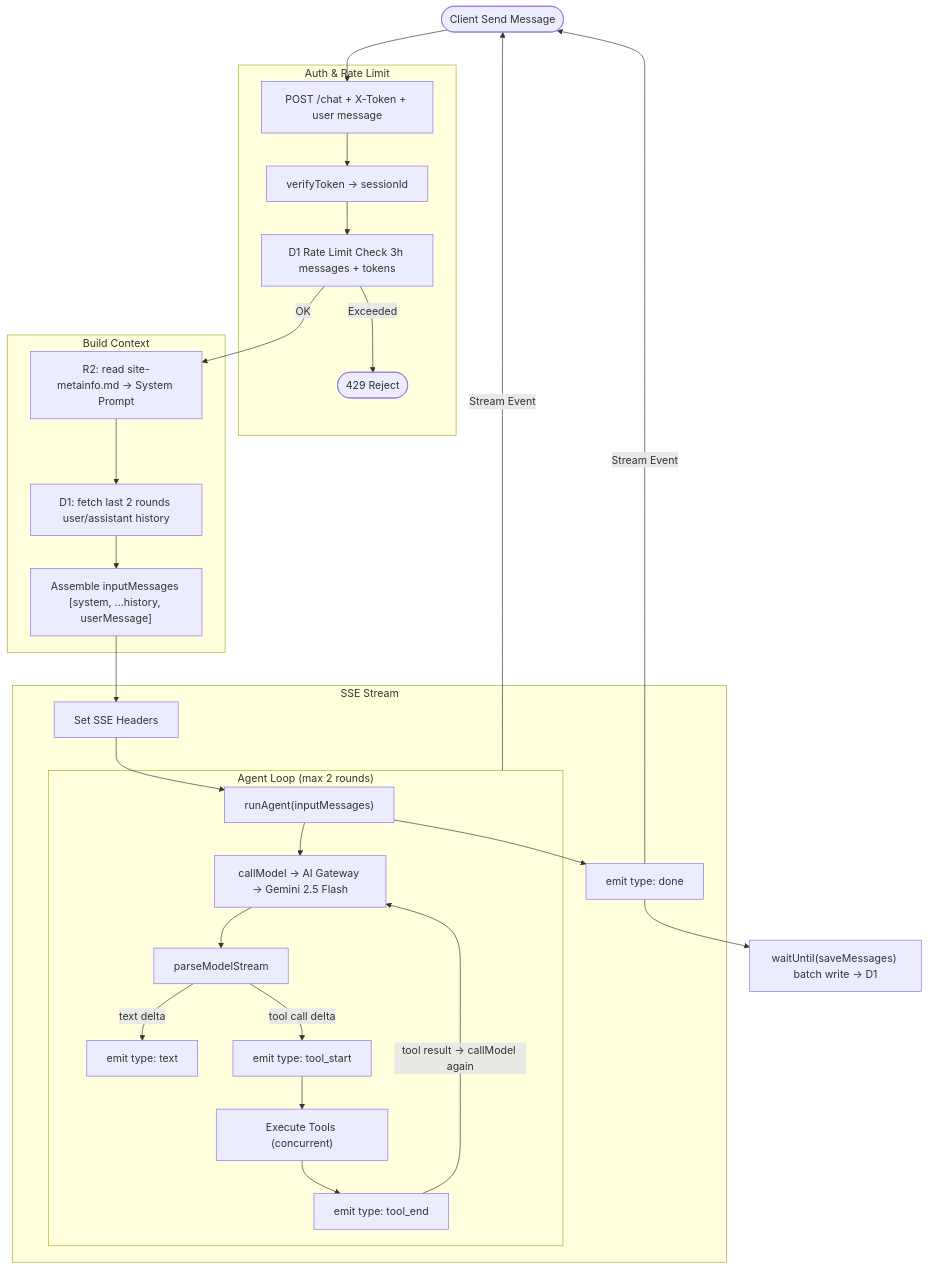
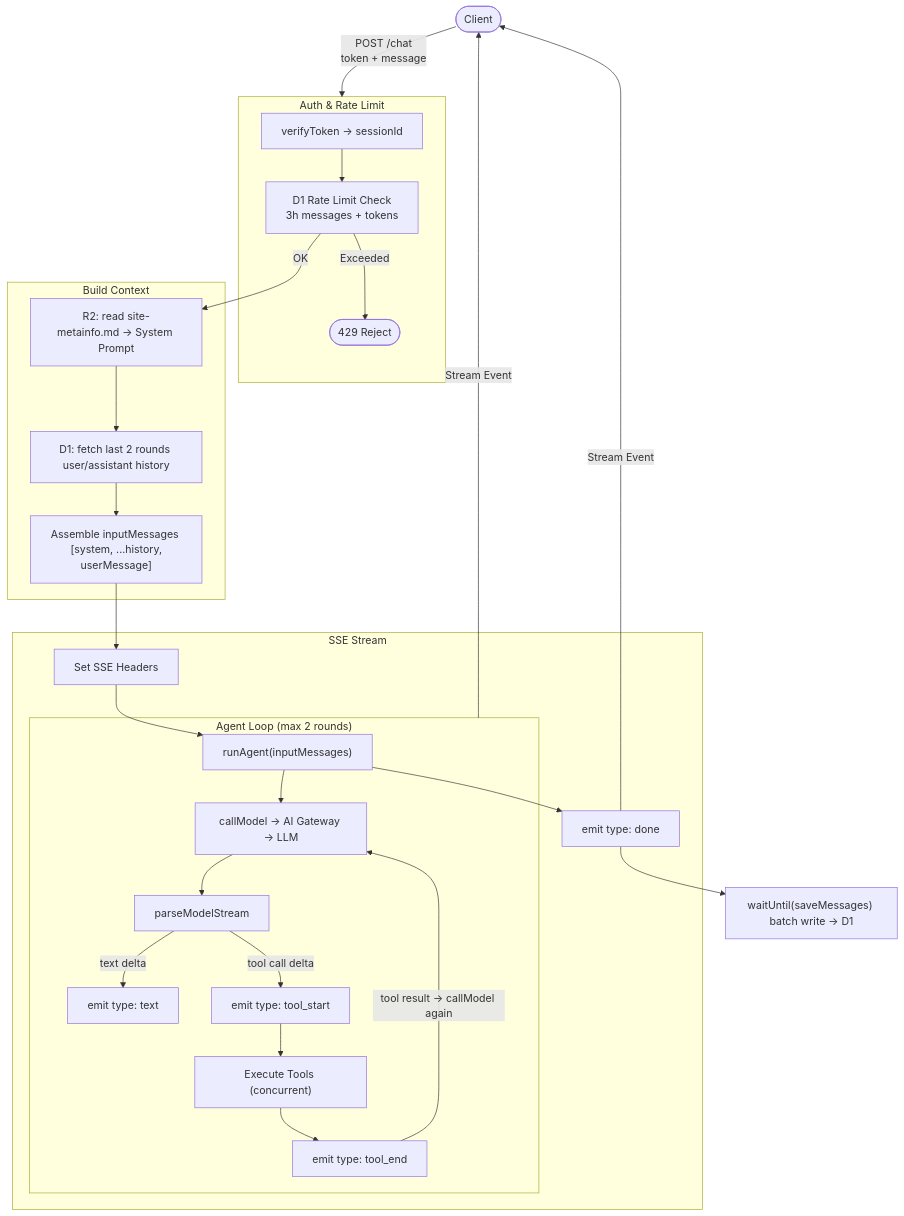
The fourth of 4 diagrams in ARCHITECTURE.zh-CN.md (surmon-china/surmon.me.ai), drawn with Mermaid before and after one commit. The commit also changed other lines of this file, not shown here.

````diff
--- a/ARCHITECTURE.zh-CN.md
+++ b/ARCHITECTURE.zh-CN.md
@@ -161,38 +161,38 @@
 ```mermaid
 flowchart TD
-    Client(["Client Send Message"]) --> P["POST /chat + X-Token + user message"]
+    Client(["Client"]) --> |"POST /chat <br> token + message"| Auth
 
     subgraph Auth ["Auth & Rate Limit"]
-        P --> V["verifyToken → sessionId"]
-        V --> RL["D1 Rate Limit Check 3h messages + tokens"]
-        RL --> |"Exceeded"| ERR(["429 Reject"])
+        V["verifyToken → sessionId"]
+        V --> RATE["D1 Rate Limit Check <br> 3h messages + tokens"]
+        RATE --> |"Exceeded"| ERR(["429 Reject"])
     end
 
     subgraph Context ["Build Context"]
-        RL --> |"OK"| SM["R2: read site-metainfo.md → System Prompt"]
+        RATE --> |"OK"| SM["R2: read site-metainfo.md → System Prompt"]
         SM --> HIS["D1: fetch last 2 rounds user/assistant history"]
-        HIS --> MSG["Assemble inputMessages [system, ...history, userMessage]"]
+        HIS --> MSG["Assemble inputMessages <br> [system, ...history, userMessage]"]
     end
 
     subgraph Stream ["SSE Stream"]
         MSG --> SSE["Set SSE Headers"]
         SSE --> AG["runAgent(inputMessages)"]
 
         subgraph Agent ["Agent Loop (max 2 rounds)"]
-            AG --> CM["callModel → AI Gateway → Gemini 2.5 Flash"]
+            AG --> CM["callModel → AI Gateway → LLM"]
             CM --> PS["parseModelStream"]
             PS --> |"text delta"| ET["emit type: text"]
             PS --> |"tool call delta"| TS["emit type: tool_start"]
             TS --> TC["Execute Tools (concurrent)"]
             TC --> TE["emit type: tool_end"]
             TE --> |"tool result → callModel again"| CM
         end
 
         AG --> DONE["emit type: done"]
     end
 
     Agent --> |"Stream Event"| Client
     DONE --> |"Stream Event"| Client
 
     DONE --> SAVE["waitUntil(saveMessages) batch write → D1"]
 ```
````
